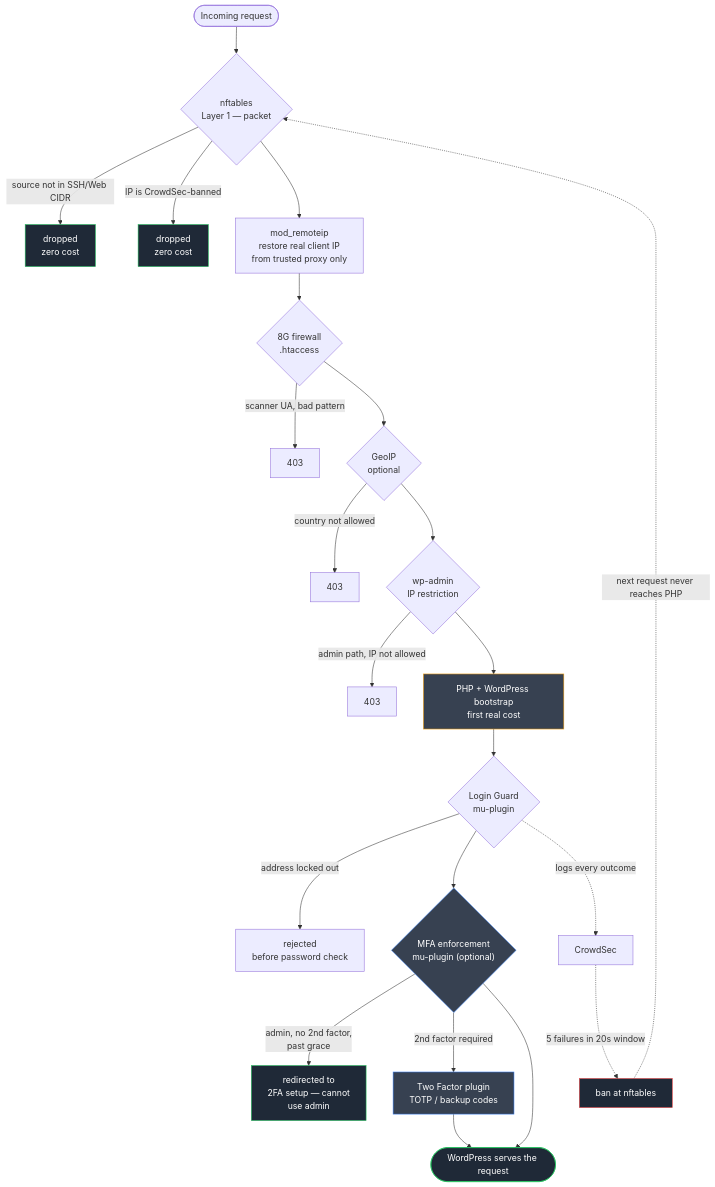
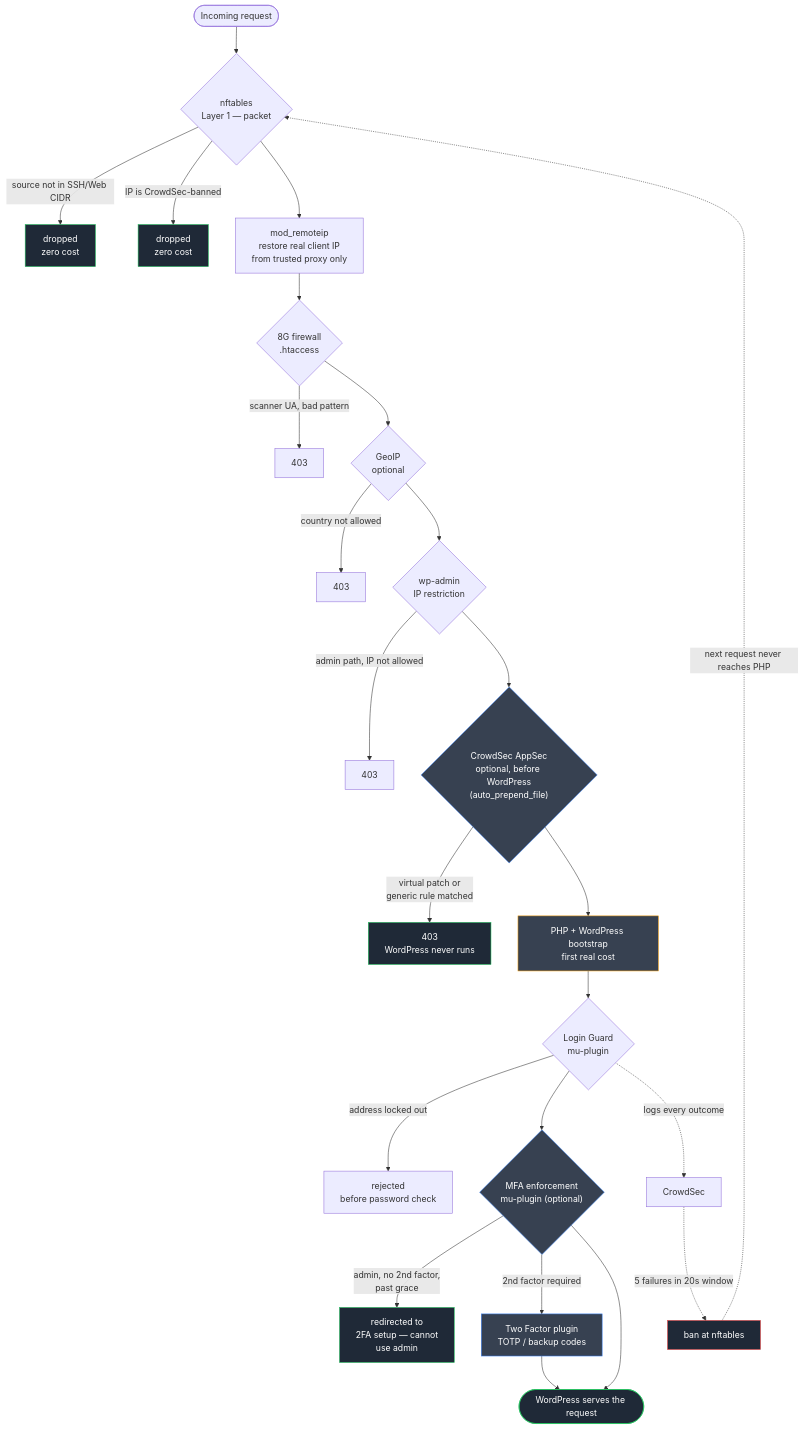
The second of 9 diagrams in ARCHITECTURE.md (ironveilsystems1/WASP), drawn with Mermaid before and after one commit. The commit also changed other lines of this file and 6 other files, not shown here.

````diff
--- a/ARCHITECTURE.md
+++ b/ARCHITECTURE.md
@@ -82,36 +82,40 @@
 ```mermaid
 flowchart TD
     REQ(["Incoming request"]) --> L1{"nftables<br/>Layer 1 — packet"}
     L1 -->|"source not in SSH/Web CIDR"| D1["dropped<br/>zero cost"]
     L1 -->|"IP is CrowdSec-banned"| D2["dropped<br/>zero cost"]
     L1 --> RIP["mod_remoteip<br/>restore real client IP<br/>from trusted proxy only"]
 
     RIP --> L2A{"8G firewall<br/>.htaccess"}
     L2A -->|"scanner UA, bad pattern"| D3["403"]
     L2A --> L2B{"GeoIP<br/>optional"}
     L2B -->|"country not allowed"| D4["403"]
     L2B --> L2C{"wp-admin<br/>IP restriction"}
     L2C -->|"admin path, IP not allowed"| D5["403"]
 
-    L2C --> PHP["PHP + WordPress bootstrap<br/>first real cost"]
+    L2C --> AS{"CrowdSec AppSec<br/>optional, before WordPress<br/>(auto_prepend_file)"}
+    AS -->|"virtual patch or<br/>generic rule matched"| D8["403<br/>WordPress never runs"]
+    AS --> PHP["PHP + WordPress bootstrap<br/>first real cost"]
     PHP --> L4{"Login Guard<br/>mu-plugin"}
     L4 -->|"address locked out"| D6["rejected<br/>before password check"]
     L4 --> L5{"MFA enforcement<br/>mu-plugin (optional)"}
     L5 -->|"admin, no 2nd factor,<br/>past grace"| D7["redirected to<br/>2FA setup — cannot<br/>use admin"]
     L5 -->|"2nd factor required"| TF["Two Factor plugin<br/>TOTP / backup codes"]
     TF --> APP(["WordPress serves the request"])
     L5 --> APP
 
     L4 -.->|"logs every outcome"| CSX["CrowdSec"]
     CSX -.->|"5 failures in 20s window"| BAN["ban at nftables"]
     BAN -.->|"next request never reaches PHP"| L1
 
     style D1 fill:#1f2937,stroke:#22c55e,color:#fff
     style D2 fill:#1f2937,stroke:#22c55e,color:#fff
     style BAN fill:#1f2937,stroke:#ef4444,color:#fff
     style PHP fill:#374151,stroke:#f59e0b,color:#fff
     style APP fill:#1f2937,stroke:#22c55e,color:#fff
     style D7 fill:#1f2937,stroke:#22c55e,color:#fff
+    style D8 fill:#1f2937,stroke:#22c55e,color:#fff
+    style AS fill:#374151,stroke:#3b82f6,color:#fff
     style TF fill:#374151,stroke:#3b82f6,color:#fff
     style L5 fill:#374151,stroke:#3b82f6,color:#fff
 ```
````
